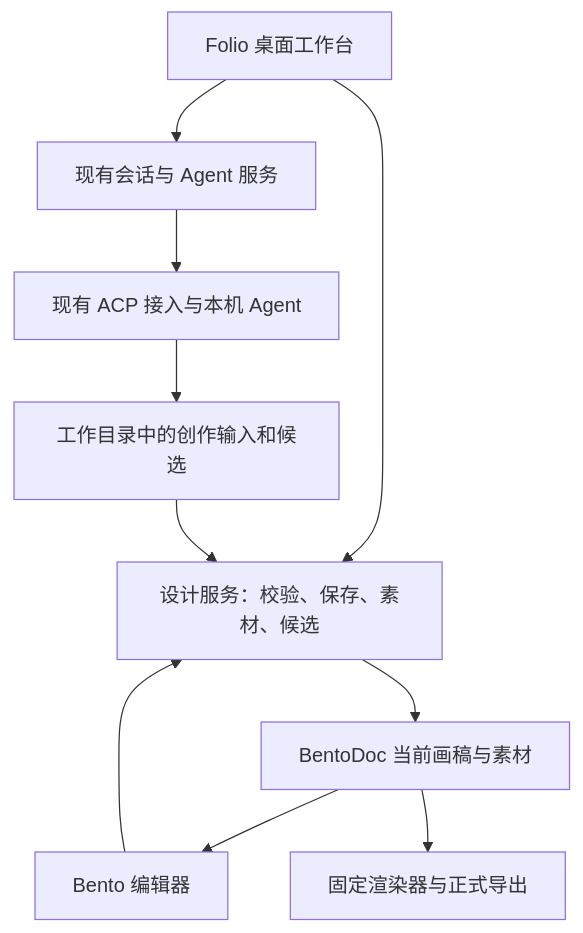
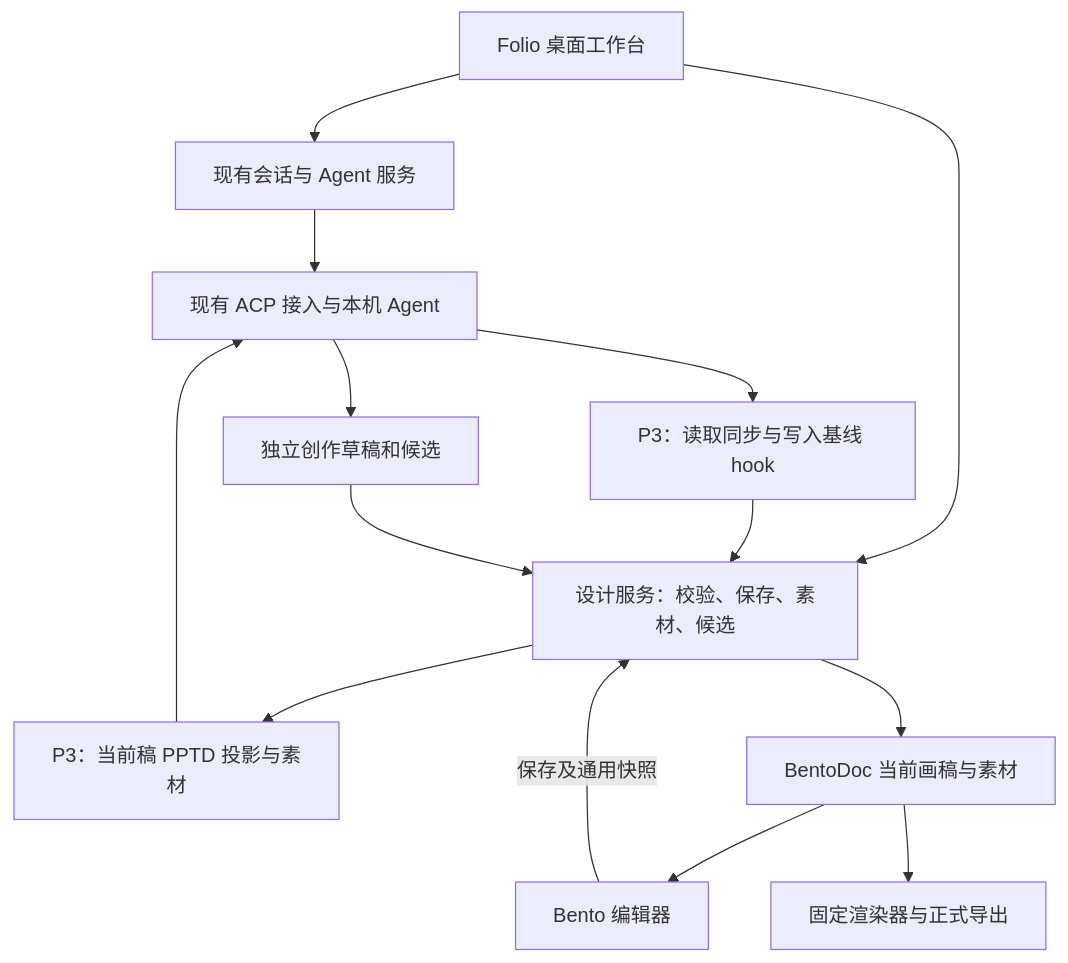
Before and after one commit to LeonEthan/Folio: the diagram in .agents/notes/proposed/architecture/2026-09-09-graphic-design-platform.zh.md, drawn with Mermaid. The commit also changed other lines of this file and 6 other files, not shown here.

````diff
--- a/.agents/notes/proposed/architecture/2026-09-09-graphic-design-platform.zh.md
+++ b/.agents/notes/proposed/architecture/2026-09-09-graphic-design-platform.zh.md
@@ -84,12 +100,16 @@
 ```mermaid
 flowchart TD
   UI[Folio 桌面工作台] --> CHAT[现有会话与 Agent 服务]
   UI --> DESIGN[设计服务：校验、保存、素材、候选]
   CHAT --> CLI[现有 ACP 接入与本机 Agent]
-  CLI --> CANDIDATE[工作目录中的创作输入和候选]
+  CLI --> HOOK[P3：读取同步与写入基线 hook]
+  HOOK --> DESIGN
+  DESIGN --> PROJECTION[P3：当前稿 PPTD 投影与素材]
+  PROJECTION --> CLI
+  CLI --> CANDIDATE[独立创作草稿和候选]
   CANDIDATE --> DESIGN
   DESIGN --> DOC[BentoDoc 当前画稿与素材]
   DOC --> EDITOR[Bento 编辑器]
-  EDITOR --> DESIGN
+  EDITOR -->|保存及通用快照| DESIGN
   DOC --> RENDER[固定渲染器与正式导出]
 ```
````
